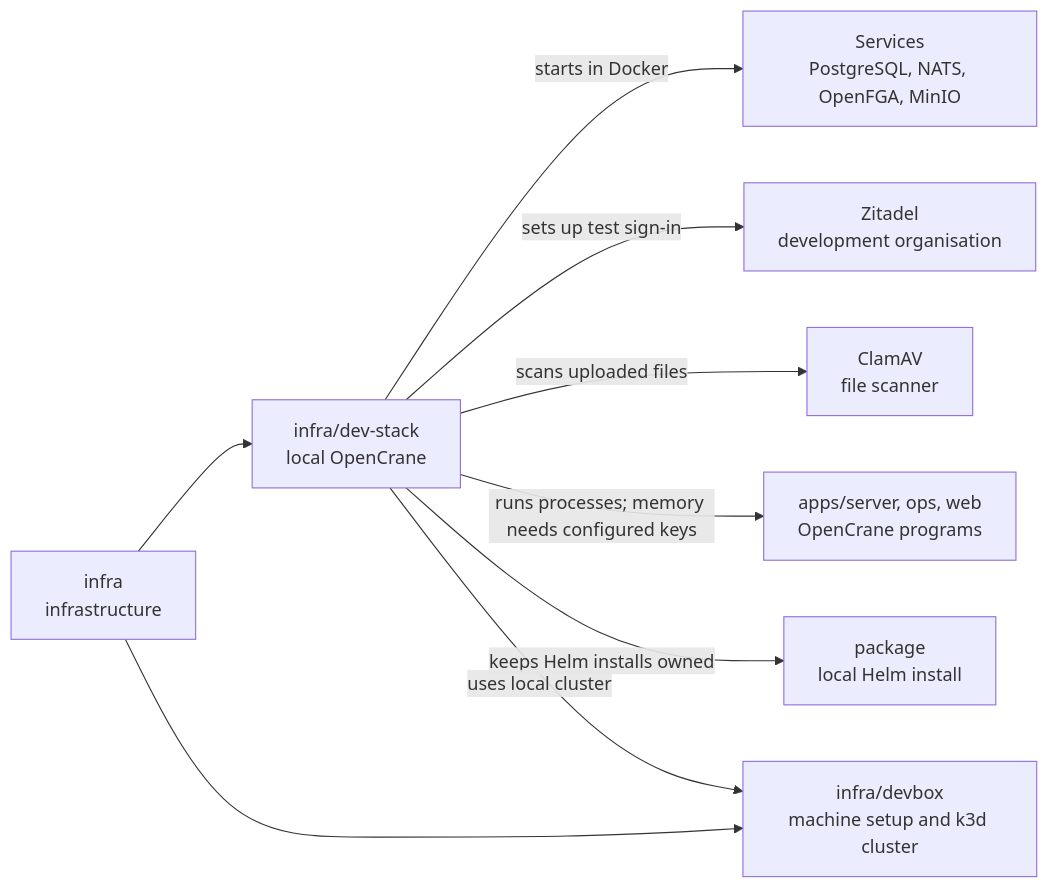
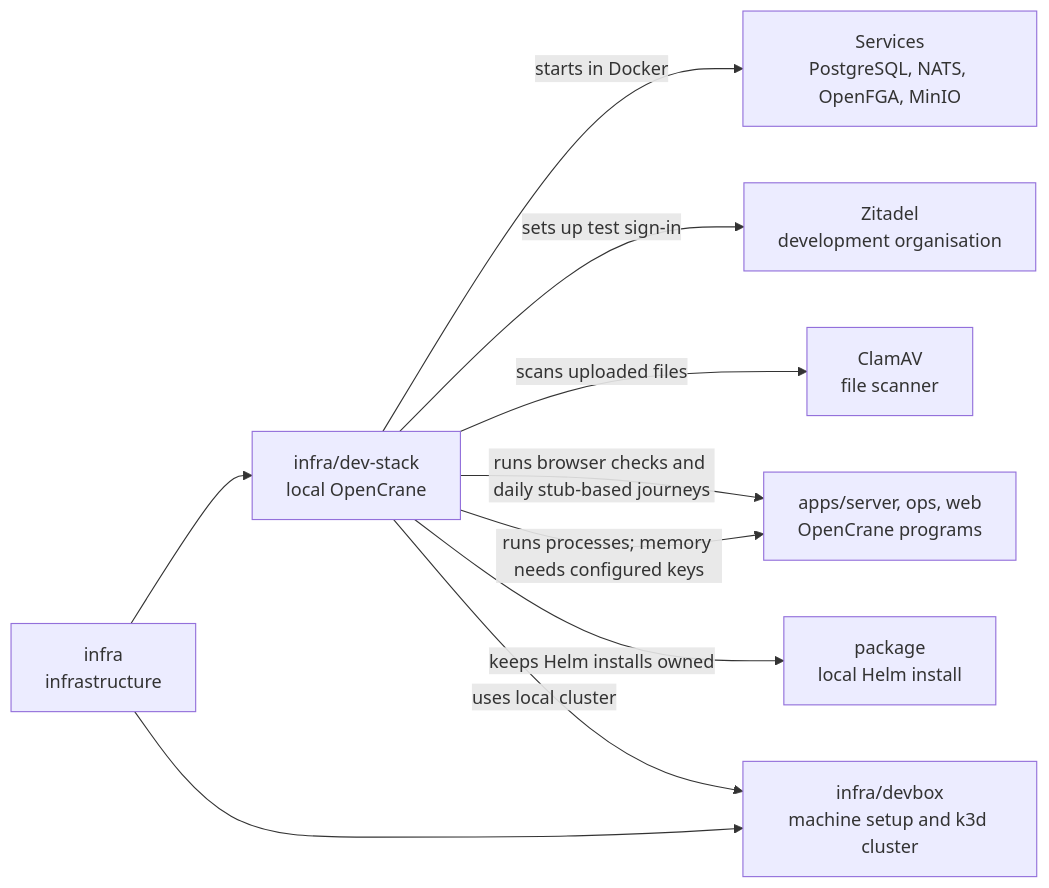
The diagram in infra/dev-stack/README.md (elewa-git/opencrane-new), drawn with Mermaid before and after one commit. The commit also changed other lines of this file and 13 other files, not shown here.

````diff
--- a/infra/dev-stack/README.md
+++ b/infra/dev-stack/README.md
@@ -15,11 +15,12 @@
 ```mermaid
 flowchart LR
   infra["infra<br/>infrastructure"] --> stack["infra/dev-stack<br/>local OpenCrane"]
   stack -->|starts in Docker| services["Services<br/>PostgreSQL, NATS, OpenFGA, MinIO"]
   stack -->|sets up test sign-in| zitadel["Zitadel<br/>development organisation"]
   stack -->|scans uploaded files| clamav["ClamAV<br/>file scanner"]
   stack -->|runs processes; memory needs configured keys| apps["apps/server, ops, web<br/>OpenCrane programs"]
   stack -->|keeps Helm installs owned| package["package<br/>local Helm install"]
+  stack -->|runs browser checks and daily stub-based journeys| apps
   infra --> devbox["infra/devbox<br/>machine setup and k3d cluster"]
   stack -->|uses local cluster| devbox
 ```
````
